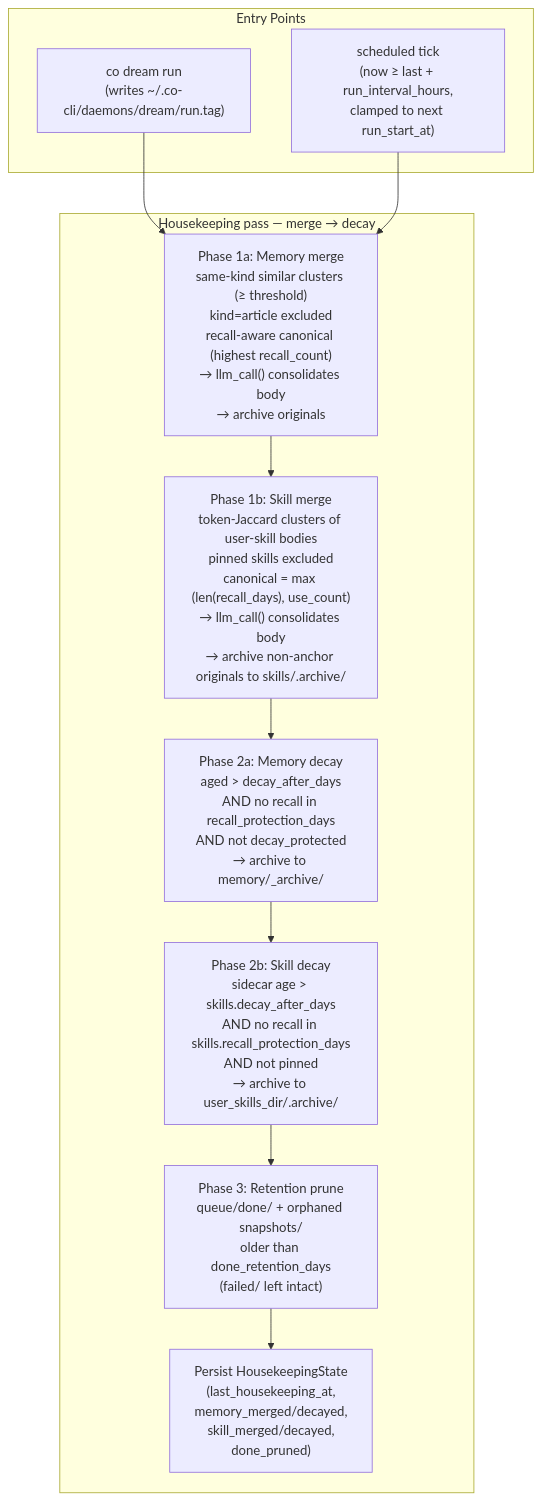
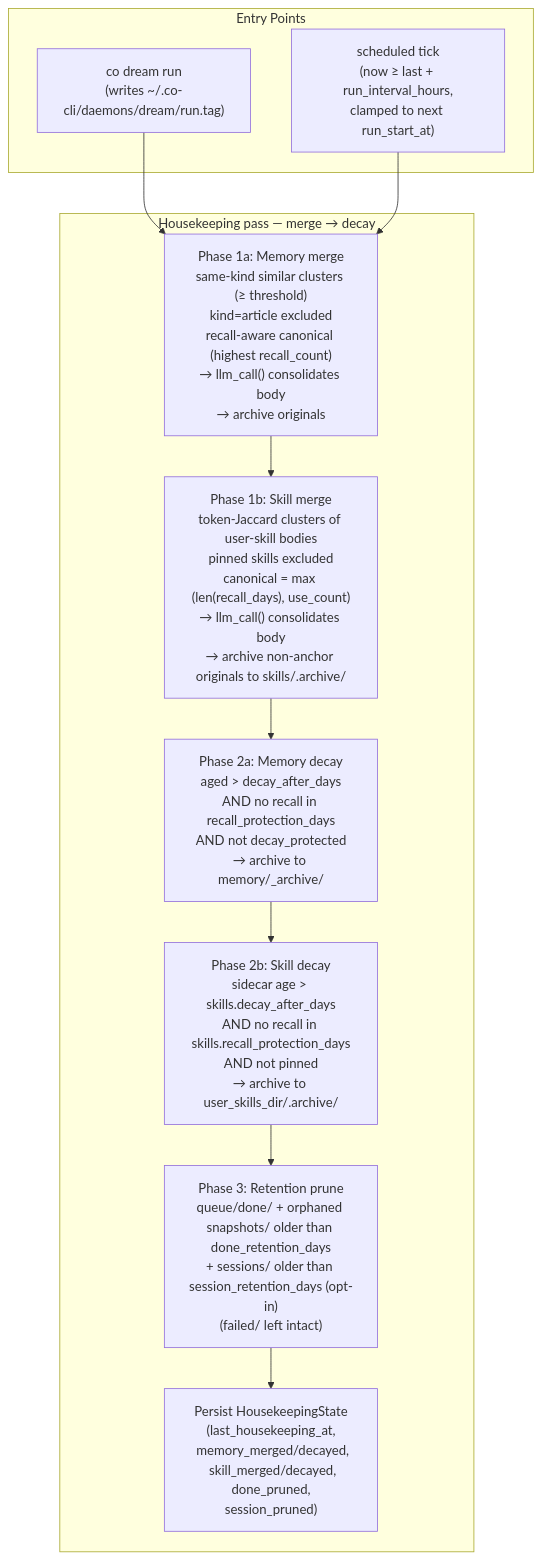
One commit to binlecode/co-cli changed the diagram in docs/specs/dream.md. Above: the diagram before and after it, drawn with Mermaid. The commit also changed other lines of this file and 8 other files, not shown here.

First line of the commit message:
feat: opt-in age-based session-transcript retention; bump to 0.8.378

````diff
--- a/docs/specs/dream.md
+++ b/docs/specs/dream.md
@@ -291,24 +291,24 @@
 ```mermaid
 flowchart TD
     subgraph Entry["Entry Points"]
         Manual["co dream run\n(writes ~/.co-cli/daemons/dream/run.tag)"]
         Auto["scheduled tick\n(now ≥ last + run_interval_hours,\nclamped to next run_start_at)"]
     end
 
     subgraph Pass["Housekeeping pass — merge → decay"]
         MemMerge["Phase 1a: Memory merge\nsame-kind similar clusters (≥ threshold)\nkind=article excluded\nrecall-aware canonical (highest recall_count)\n→ llm_call() consolidates body\n→ archive originals"]
         SkillMerge["Phase 1b: Skill merge\ntoken-Jaccard clusters of user-skill bodies\npinned skills excluded\ncanonical = max (len(recall_days), use_count)\n→ llm_call() consolidates body\n→ archive non-anchor originals to skills/.archive/"]
         MemDecay["Phase 2a: Memory decay\naged > decay_after_days\nAND no recall in recall_protection_days\nAND not decay_protected\n→ archive to memory/_archive/"]
         SkillDecay["Phase 2b: Skill decay\nsidecar age > skills.decay_after_days\nAND no recall in skills.recall_protection_days\nAND not pinned\n→ archive to user_skills_dir/.archive/"]
-        Prune["Phase 3: Retention prune\nqueue/done/ + orphaned snapshots/\nolder than done_retention_days\n(failed/ left intact)"]
-        State["Persist HousekeepingState\n(last_housekeeping_at,\n memory_merged/decayed,\n skill_merged/decayed,\n done_pruned)"]
+        Prune["Phase 3: Retention prune\nqueue/done/ + orphaned snapshots/ older than done_retention_days\n+ sessions/ older than session_retention_days (opt-in)\n(failed/ left intact)"]
+        State["Persist HousekeepingState\n(last_housekeeping_at,\n memory_merged/decayed,\n skill_merged/decayed,\n done_pruned, session_pruned)"]
     end
 
     Manual --> MemMerge
     Auto --> MemMerge
     MemMerge --> SkillMerge
     SkillMerge --> MemDecay
     MemDecay --> SkillDecay
     SkillDecay --> Prune
     Prune --> State
 ```
````
